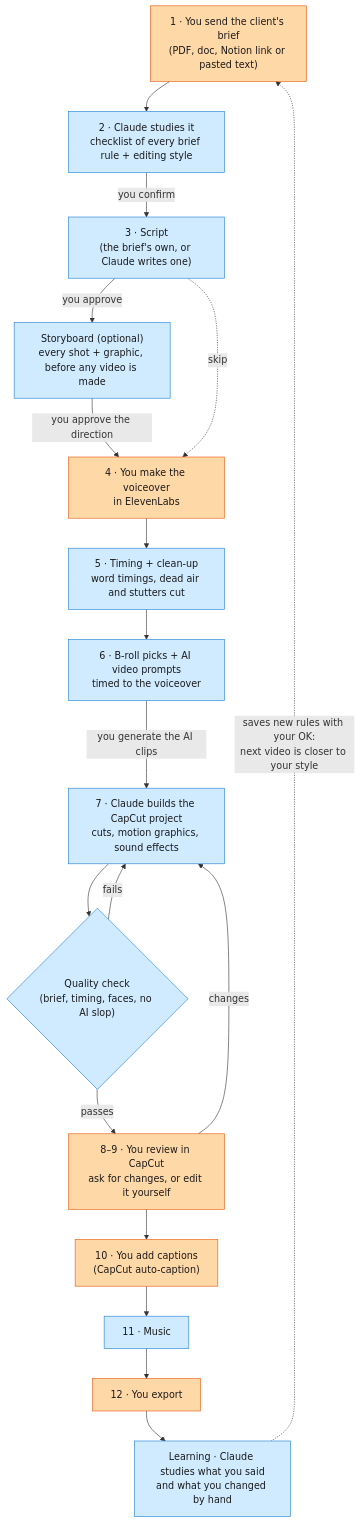
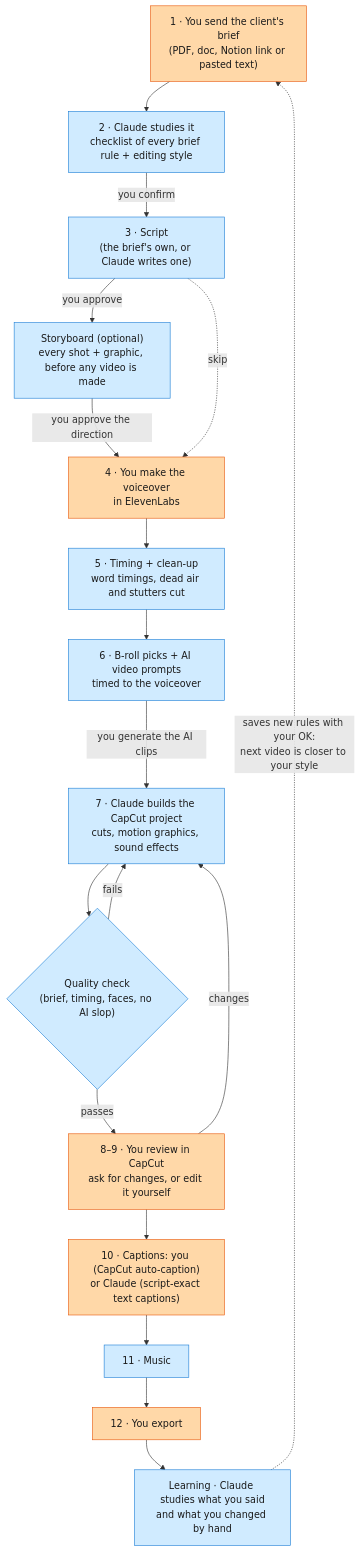
The first of 3 diagrams in README.md (jushuaaang/edit-mo-to), drawn with Mermaid before and after one commit. The commit also changed other lines of this file and 13 other files, not shown here.

````diff
--- a/README.md
+++ b/README.md
@@ -25,22 +25,22 @@
 ```mermaid
 flowchart TD
     A["1 · You send the client's brief<br/>(PDF, doc, Notion link or pasted text)"]:::you --> B["2 · Claude studies it<br/>checklist of every brief rule + editing style"]:::claude
     B -->|you confirm| C["3 · Script<br/>(the brief's own, or Claude writes one)"]:::claude
     C -->|you approve| S["Storyboard (optional)<br/>every shot + graphic, before any video is made"]:::claude
     S -->|you approve the direction| D["4 · You make the voiceover<br/>in ElevenLabs"]:::you
     C -.->|skip| D
     D --> E["5 · Timing + clean-up<br/>word timings, dead air and stutters cut"]:::claude
     E --> F["6 · B-roll picks + AI video prompts<br/>timed to the voiceover"]:::claude
     F -->|you generate the AI clips| G["7 · Claude builds the CapCut project<br/>cuts, motion graphics, sound effects"]:::claude
     G --> Q{"Quality check<br/>(brief, timing, faces, no AI slop)"}:::claude
     Q -->|fails| G
     Q -->|passes| H["8–9 · You review in CapCut<br/>ask for changes, or edit it yourself"]:::you
     H -->|changes| G
-    H --> I["10 · You add captions<br/>(CapCut auto-caption)"]:::you
+    H --> I["10 · Captions: you (CapCut auto-caption)<br/>or Claude (script-exact text captions)"]:::you
     I --> J["11 · Music"]:::claude
     J --> K["12 · You export"]:::you
     K --> L["Learning · Claude studies what you said<br/>and what you changed by hand"]:::claude
     L -.->|"saves new rules with your OK:<br/>next video is closer to your style"| A
     classDef you fill:#ffd8a8,stroke:#e8590c,color:#1a1a1a
     classDef claude fill:#d0ebff,stroke:#1c7ed6,color:#1a1a1a
 ```
````
